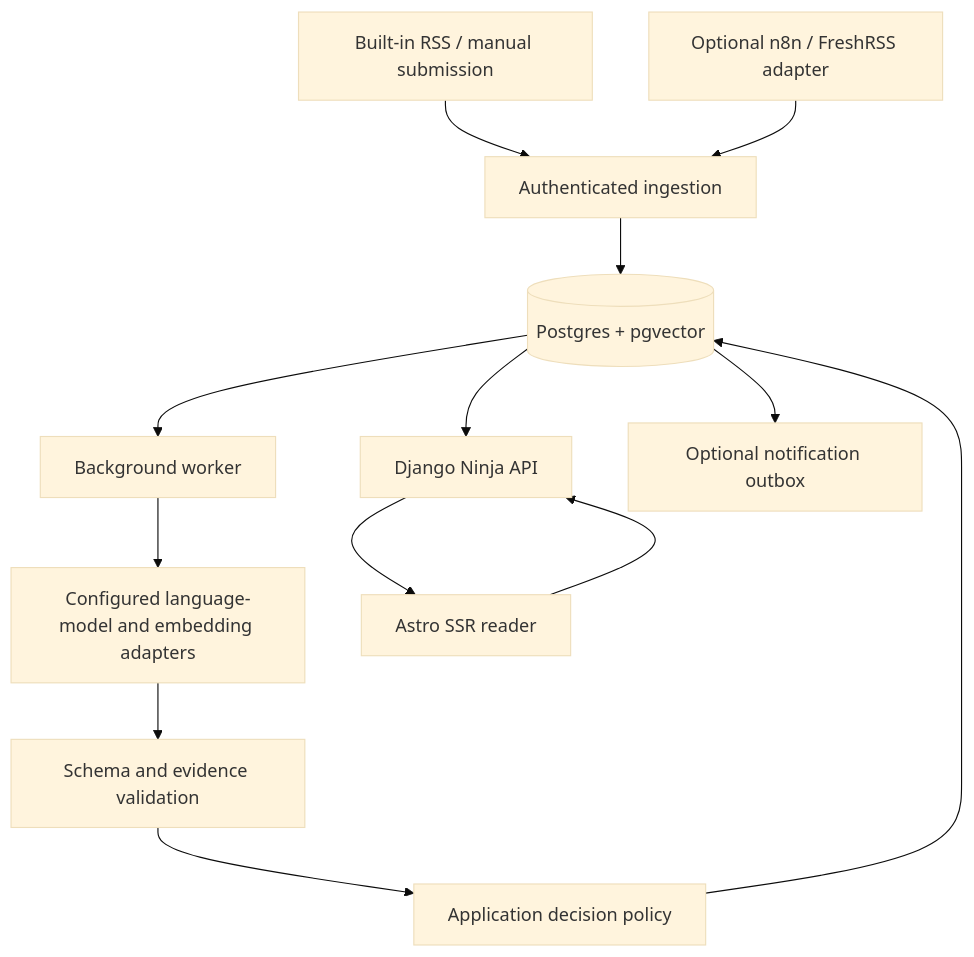
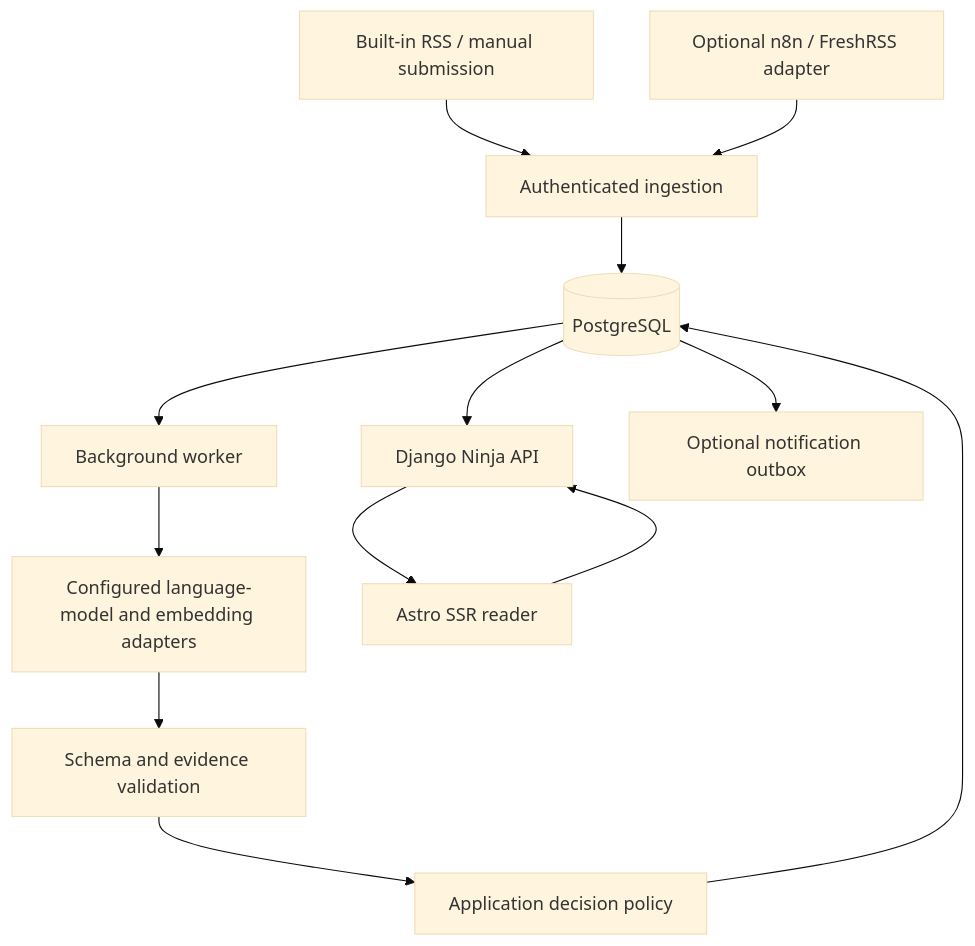
Before and after one commit to gaferneira/delta-feed: the diagram in docs/architecture.md, drawn with Mermaid (base theme). The commit also changed other lines of this file and 17 other files, not shown here.

````diff
--- a/docs/architecture.md
+++ b/docs/architecture.md
@@ -9,15 +9,15 @@
 ```mermaid
 flowchart TD
   RSS[Built-in RSS / manual submission] --> IN[Authenticated ingestion]
   N8N[Optional n8n / FreshRSS adapter] --> IN
-  IN --> DB[(Postgres + pgvector)]
+  IN --> DB[(PostgreSQL)]
   DB --> W[Background worker]
   W --> L[Configured language-model and embedding adapters]
   L --> V[Schema and evidence validation]
   V --> P[Application decision policy]
   P --> DB
   DB --> API[Django Ninja API]
   API --> WEB[Astro SSR reader]
   WEB --> API
   DB --> OUT[Optional notification outbox]
 ```
````
